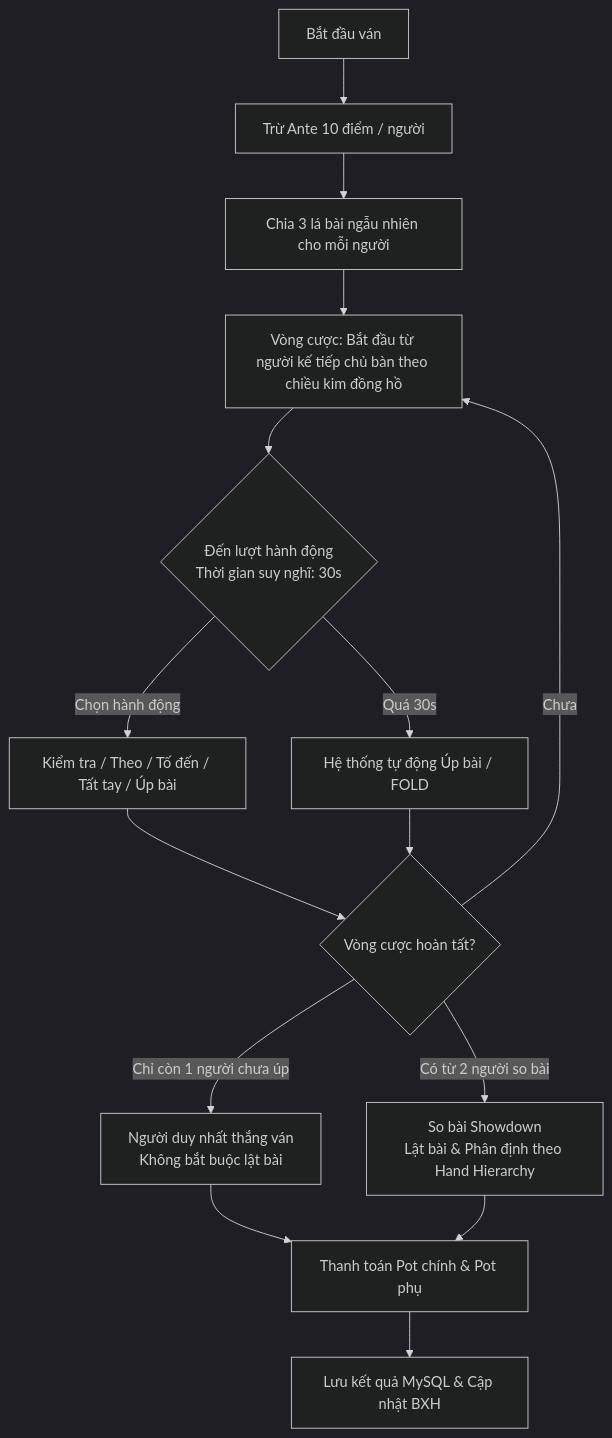
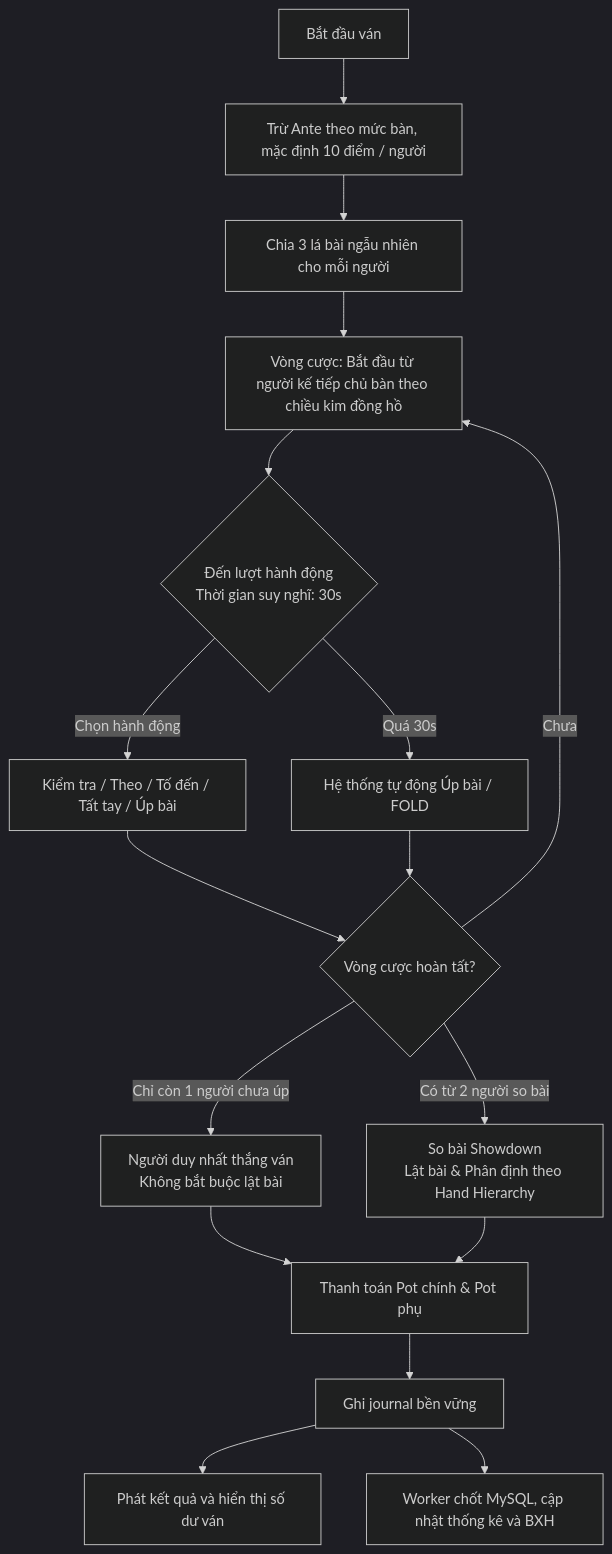
One commit to phamhongnhat1815/bacay-online changed the diagram in Game_Rules.md. Above: the diagram before and after it, drawn with Mermaid (dark theme). The commit also changed other lines of this file and 29 other files, not shown here.

````diff
--- a/Game_Rules.md
+++ b/Game_Rules.md
@@ -96,17 +69,19 @@
 ```mermaid
 flowchart TD
-    A[Bắt đầu ván] --> B[Trừ Ante 10 điểm / người]
+    A[Bắt đầu ván] --> B[Trừ Ante theo mức bàn, mặc định 10 điểm / người]
     B --> C[Chia 3 lá bài ngẫu nhiên cho mỗi người]
     C --> D[Vòng cược: Bắt đầu từ người kế tiếp chủ bàn theo chiều kim đồng hồ]
     D --> E{Đến lượt hành động<br/>Thời gian suy nghĩ: 30s}
     E -- Quá 30s --> F[Hệ thống tự động Úp bài / FOLD]
     E -- Chọn hành động --> G[Kiểm tra / Theo / Tố đến / Tất tay / Úp bài]
     G --> H{Vòng cược hoàn tất?}
     F --> H
     H -- Chưa --> D
     H -- Chỉ còn 1 người chưa úp --> I[Người duy nhất thắng ván<br/>Không bắt buộc lật bài]
     H -- Có từ 2 người so bài --> J[So bài Showdown<br/>Lật bài & Phân định theo Hand Hierarchy]
     I --> K[Thanh toán Pot chính & Pot phụ]
     J --> K
-    K --> L[Lưu kết quả MySQL & Cập nhật BXH]
+    K --> L[Ghi journal bền vững]
+    L --> M[Phát kết quả và hiển thị số dư ván]
+    L --> N[Worker chốt MySQL, cập nhật thống kê và BXH]
 ```
````
